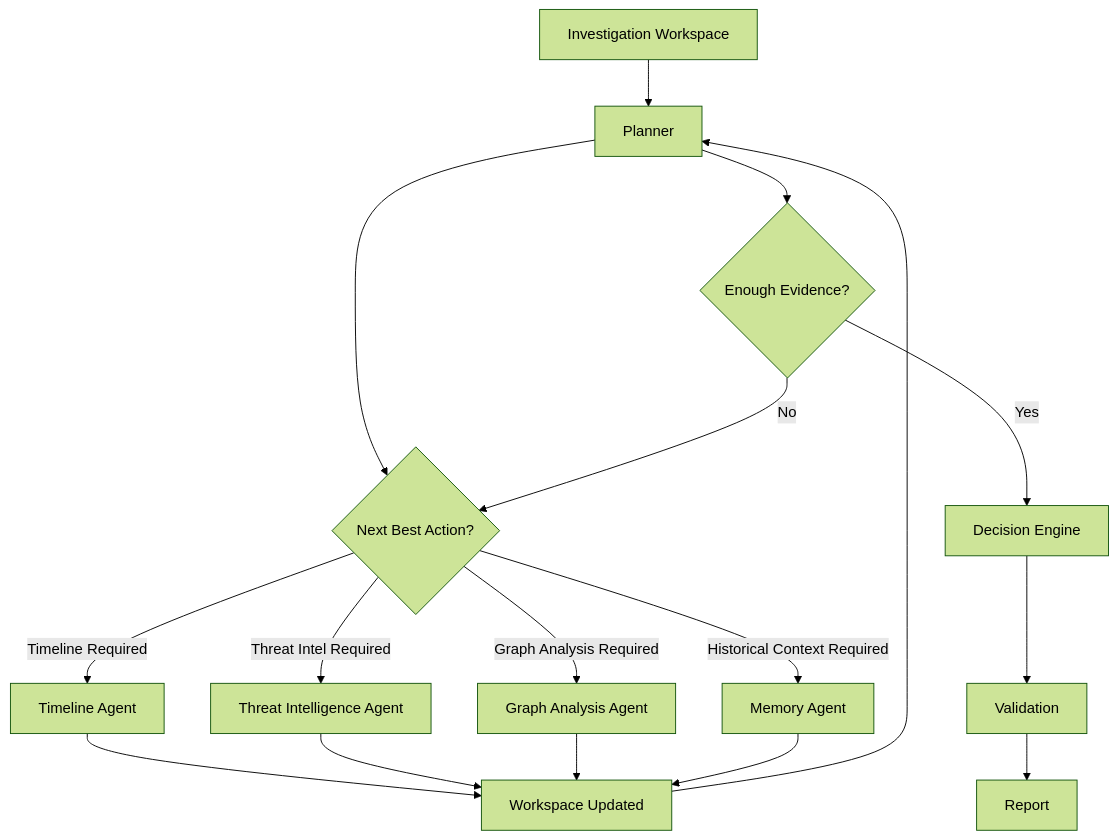
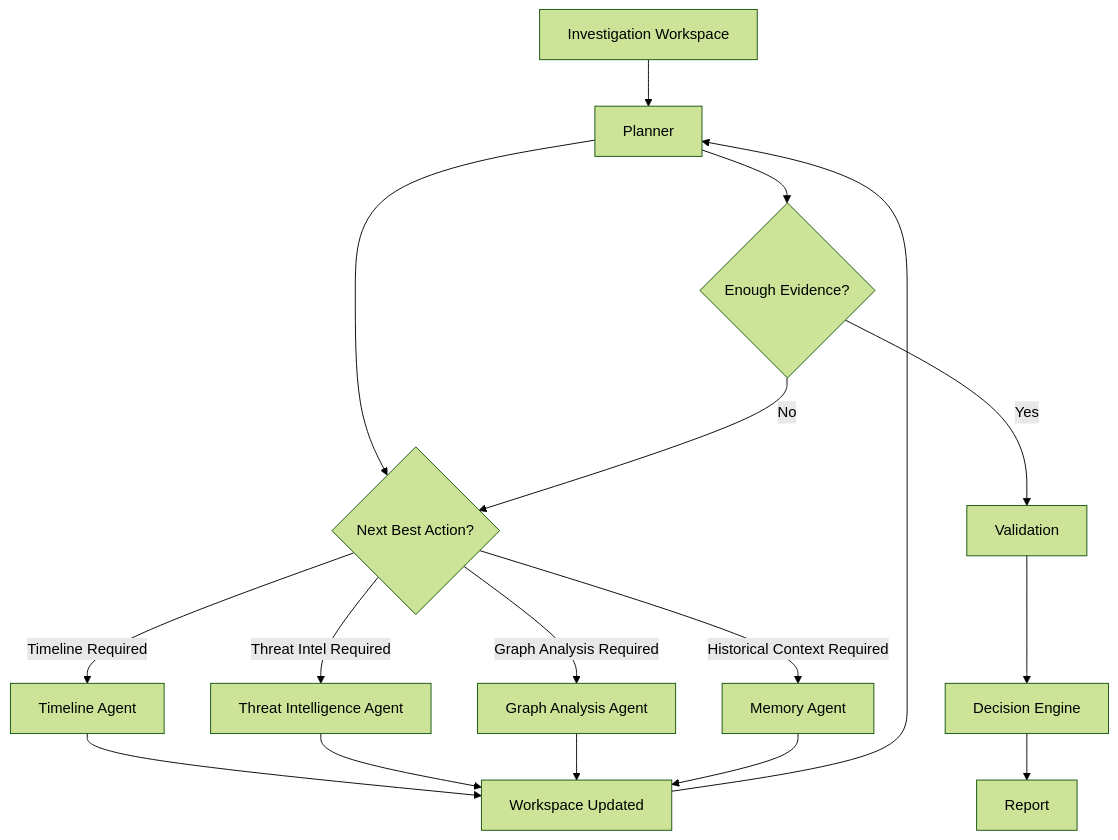
The third of 3 diagrams in docs/03-ai/agent-architecture.md (koraayoztuurk/SentinelAI), drawn with Mermaid (forest theme) before and after one commit. The commit also changed other lines of this file, not shown here.

Commit message:
docs(ai): align validation workflow diagrams

````diff
--- a/docs/03-ai/agent-architecture.md
+++ b/docs/03-ai/agent-architecture.md
@@ -808,34 +808,34 @@
 ```mermaid
 flowchart TD
 
 A[Investigation Workspace]
 
 A --> B[Planner]
 
 B --> C{Next Best Action?}
 
 C -->|Timeline Required| D[Timeline Agent]
 
 C -->|Threat Intel Required| E[Threat Intelligence Agent]
 
 C -->|Graph Analysis Required| F[Graph Analysis Agent]
 
 C -->|Historical Context Required| G[Memory Agent]
 
 D --> H[Workspace Updated]
 E --> H
 F --> H
 G --> H
 
 H --> B
 
 B --> I{Enough Evidence?}
 
 I -->|No| C
 
-I -->|Yes| J[Decision Engine]
+I -->|Yes| J[Validation]
 
-J --> K[Validation]
+J --> K[Decision Engine]
 
 K --> L[Report]
 ```
````
